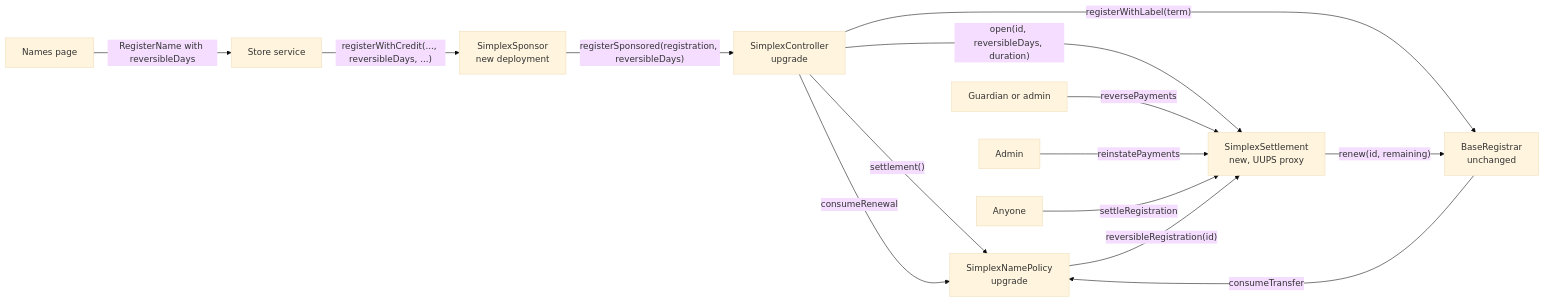
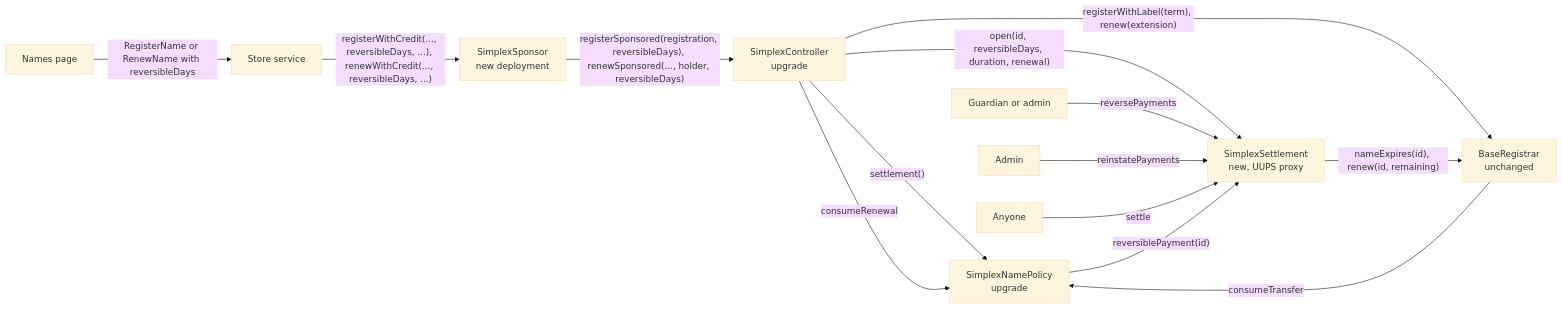
One commit to brenzi-agent/simplex-namespace-contract changed the fifth of 8 diagrams in docs/plans/payment-reversal.md. Above: the diagram before and after it, drawn with Mermaid (base theme). The commit also changed other lines of this file, not shown here.

Commit message:
docs: reversible renewals and the owner's answers in the payment reversal plan

````diff
--- a/docs/plans/payment-reversal.md
+++ b/docs/plans/payment-reversal.md
@@ -252,16 +331,16 @@
 ```mermaid
 flowchart LR
-  page["Names page"] -->|"RegisterName with reversibleDays"| service["Store service"]
-  service -->|"registerWithCredit(..., reversibleDays, ...)"| sponsor["SimplexSponsor<br/>new deployment"]
-  sponsor -->|"registerSponsored(registration, reversibleDays)"| controller["SimplexController<br/>upgrade"]
+  page["Names page"] -->|"RegisterName or RenewName with reversibleDays"| service["Store service"]
+  service -->|"registerWithCredit(..., reversibleDays, ...), renewWithCredit(..., reversibleDays, ...)"| sponsor["SimplexSponsor<br/>new deployment"]
+  sponsor -->|"registerSponsored(registration, reversibleDays), renewSponsored(..., holder, reversibleDays)"| controller["SimplexController<br/>upgrade"]
   controller -->|"settlement()"| policy["SimplexNamePolicy<br/>upgrade"]
-  controller -->|"open(id, reversibleDays, duration)"| settlement["SimplexSettlement<br/>new, UUPS proxy"]
-  controller -->|"registerWithLabel(term)"| registrar["BaseRegistrar<br/>unchanged"]
+  controller -->|"open(id, reversibleDays, duration, renewal)"| settlement["SimplexSettlement<br/>new, UUPS proxy"]
+  controller -->|"registerWithLabel(term), renew(extension)"| registrar["BaseRegistrar<br/>unchanged"]
   guardian["Guardian or admin"] -->|"reversePayments"| settlement
   admin["Admin"] -->|"reinstatePayments"| settlement
-  anyone["Anyone"] -->|"settleRegistration"| settlement
-  settlement -->|"renew(id, remaining)"| registrar
+  anyone["Anyone"] -->|"settle"| settlement
+  settlement -->|"nameExpires(id), renew(id, remaining)"| registrar
   registrar -->|"consumeTransfer"| policy
   controller -->|"consumeRenewal"| policy
-  policy -->|"reversibleRegistration(id)"| settlement
+  policy -->|"reversiblePayment(id)"| settlement
 ```
````
